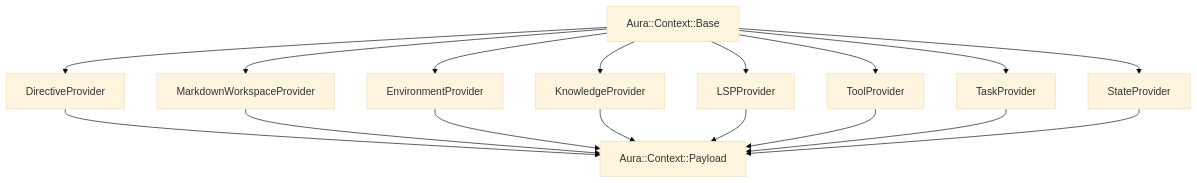
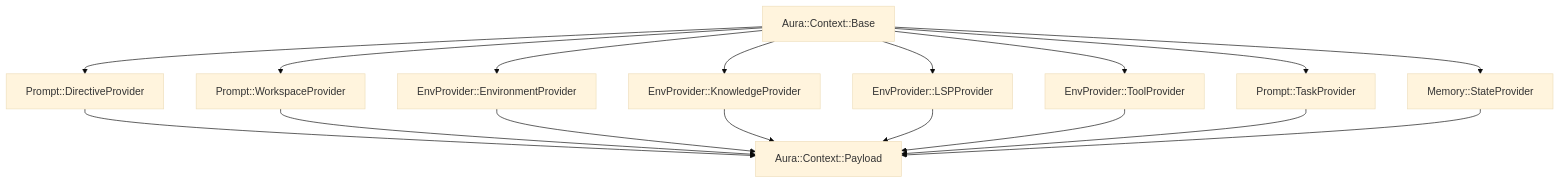
The diagram in docs/developer-guide/context-and-state.md (zc6600/aura), drawn with Mermaid (base theme) before and after one commit. The commit also changed other lines of this file and 5 other files, not shown here.

````diff
--- a/docs/developer-guide/context-and-state.md
+++ b/docs/developer-guide/context-and-state.md
@@ -54,20 +54,20 @@
 ```mermaid
 graph TD
-    Base[Aura::Context::Base] --> DP[DirectiveProvider]
-    Base --> WP[MarkdownWorkspaceProvider]
-    Base --> EP[EnvironmentProvider]
-    Base --> KP[KnowledgeProvider]
-    Base --> LSP[LSPProvider]
-    Base --> TP[ToolProvider]
-    Base --> TK[TaskProvider]
-    Base --> SP[StateProvider]
+    Base[Aura::Context::Base] --> DP[Prompt::DirectiveProvider]
+    Base --> WP[Prompt::WorkspaceProvider]
+    Base --> EP[EnvProvider::EnvironmentProvider]
+    Base --> KP[EnvProvider::KnowledgeProvider]
+    Base --> LSP[EnvProvider::LSPProvider]
+    Base --> TP[EnvProvider::ToolProvider]
+    Base --> TK[Prompt::TaskProvider]
+    Base --> SP[Memory::StateProvider]
     
     DP --> Payload[Aura::Context::Payload]
     WP --> Payload
     EP --> Payload
     KP --> Payload
     LSP --> Payload
     TP --> Payload
     TK --> Payload
     SP --> Payload
 ```
````
